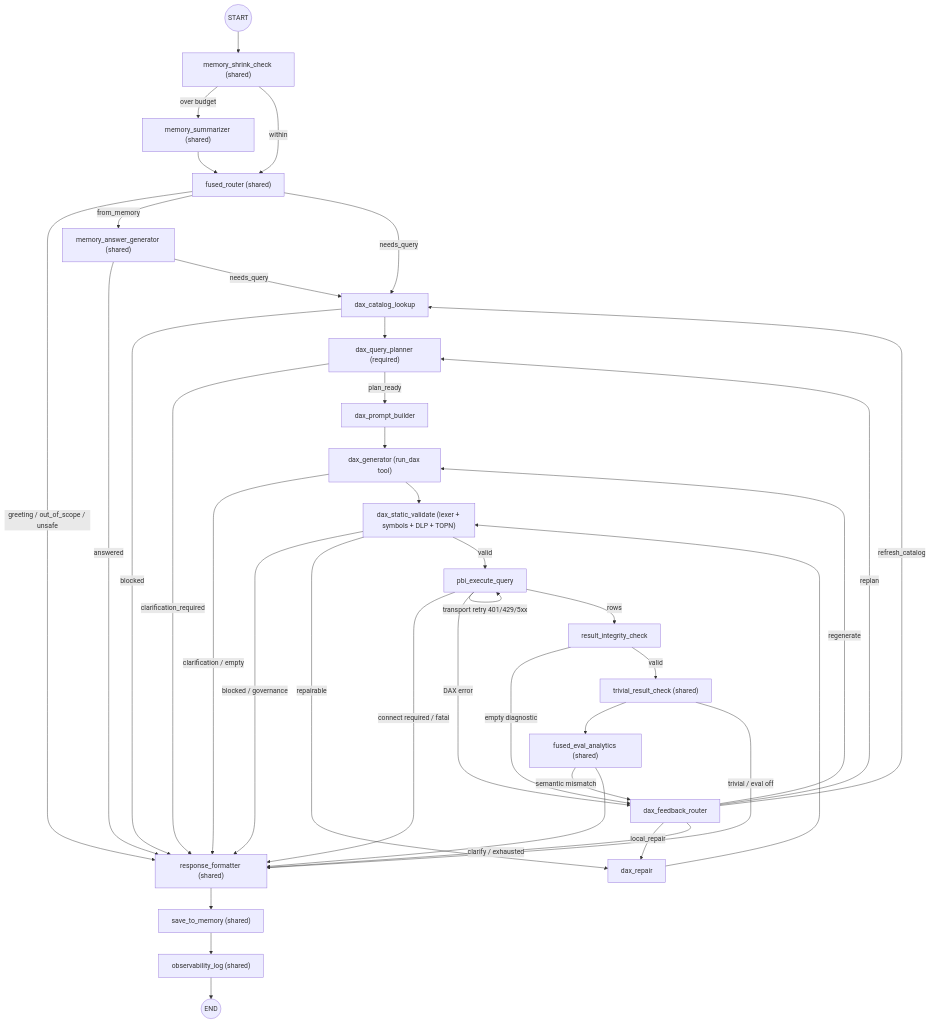
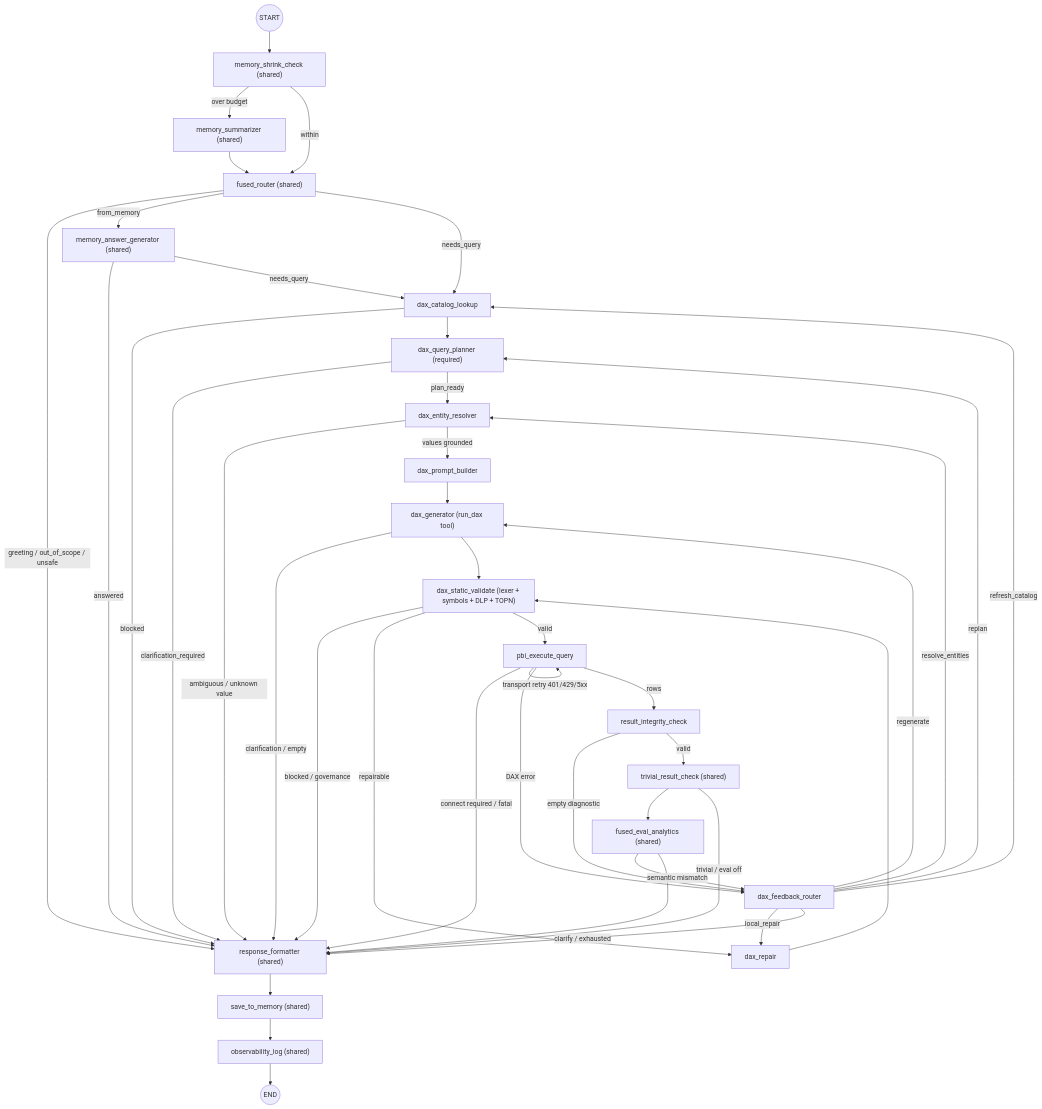
The diagram in docs/agent-state-flow-dax.md (vertigo15/jeen-insight), drawn with Mermaid before and after one commit. The commit also changed other lines of this file and 20 other files, not shown here.

````diff
--- a/docs/agent-state-flow-dax.md
+++ b/docs/agent-state-flow-dax.md
@@ -20,41 +20,44 @@
 ```mermaid
 flowchart TD
     START(("START")) --> shrink["memory_shrink_check (shared)"]
     shrink -->|over budget| sum["memory_summarizer (shared)"]
     shrink -->|within| router
     sum --> router["fused_router (shared)"]
     router -->|greeting / out_of_scope / unsafe| fmt
     router -->|from_memory| mem["memory_answer_generator (shared)"]
     mem -->|answered| fmt
     mem -->|needs_query| cat
     router -->|needs_query| cat["dax_catalog_lookup"]
     cat -->|blocked| fmt
     cat --> planner["dax_query_planner (required)"]
     planner -->|clarification_required| fmt
-    planner -->|plan_ready| pb["dax_prompt_builder"]
+    planner -->|plan_ready| entity["dax_entity_resolver"]
+    entity -->|ambiguous / unknown value| fmt
+    entity -->|values grounded| pb["dax_prompt_builder"]
     pb --> gen["dax_generator (run_dax tool)"]
     gen -->|clarification / empty| fmt
     gen --> val["dax_static_validate (lexer + symbols + DLP + TOPN)"]
     val -->|blocked / governance| fmt
     val -->|repairable| repair["dax_repair"]
     repair --> val
     val -->|valid| exec["pbi_execute_query"]
     exec -->|transport retry 401/429/5xx| exec
     exec -->|connect required / fatal| fmt
     exec -->|DAX error| fbr["dax_feedback_router"]
     exec -->|rows| integ["result_integrity_check"]
     integ -->|empty diagnostic| fbr
     integ -->|valid| triv["trivial_result_check (shared)"]
     triv --> evl["fused_eval_analytics (shared)"]
     triv -->|trivial / eval off| fmt
     evl -->|semantic mismatch| fbr
     evl --> fmt["response_formatter (shared)"]
     fbr -->|local_repair| repair
     fbr -->|regenerate| gen
     fbr -->|replan| planner
+    fbr -->|resolve_entities| entity
     fbr -->|refresh_catalog| cat
     fbr -->|clarify / exhausted| fmt
     fmt --> save["save_to_memory (shared)"]
     save --> log["observability_log (shared)"]
     log --> ENDN(("END"))
 ```
````
